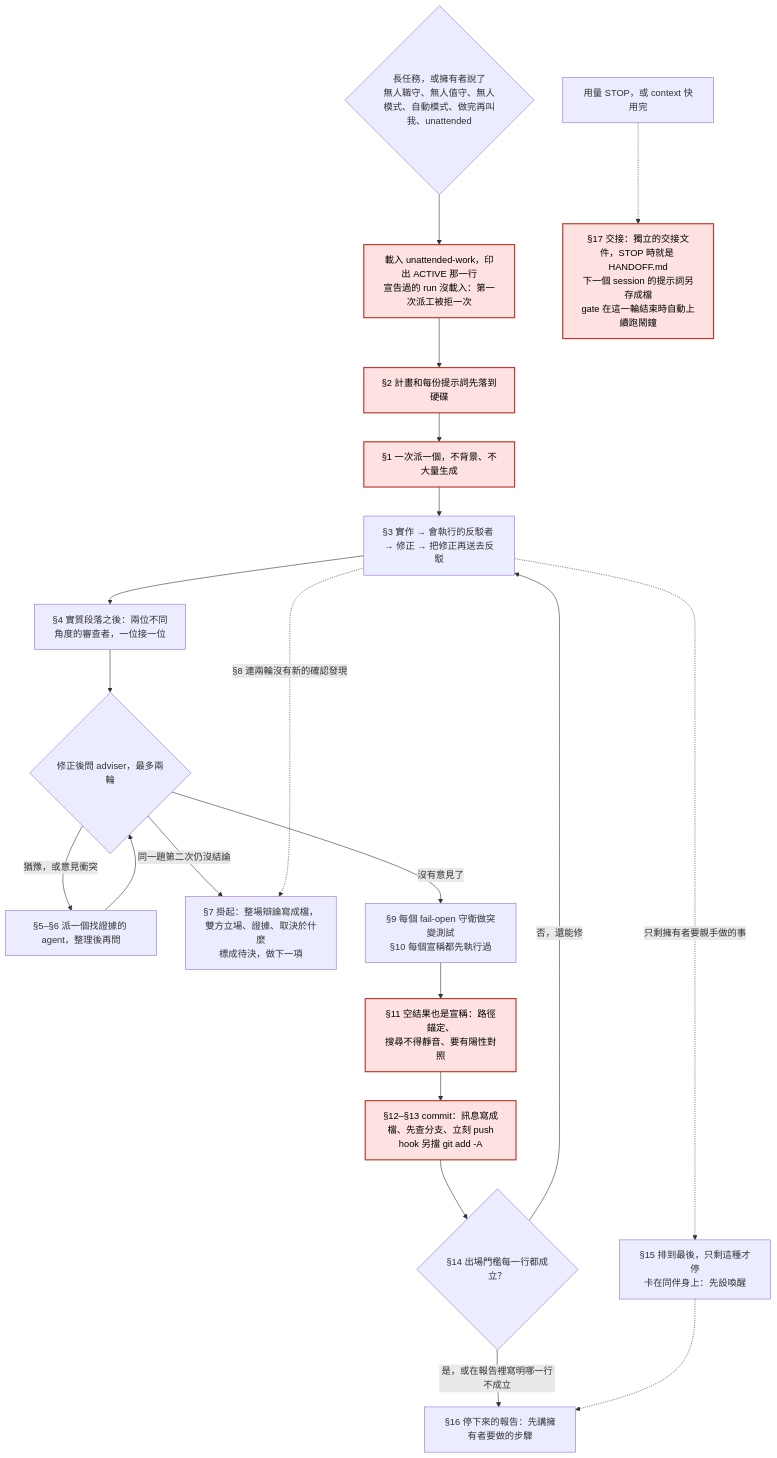
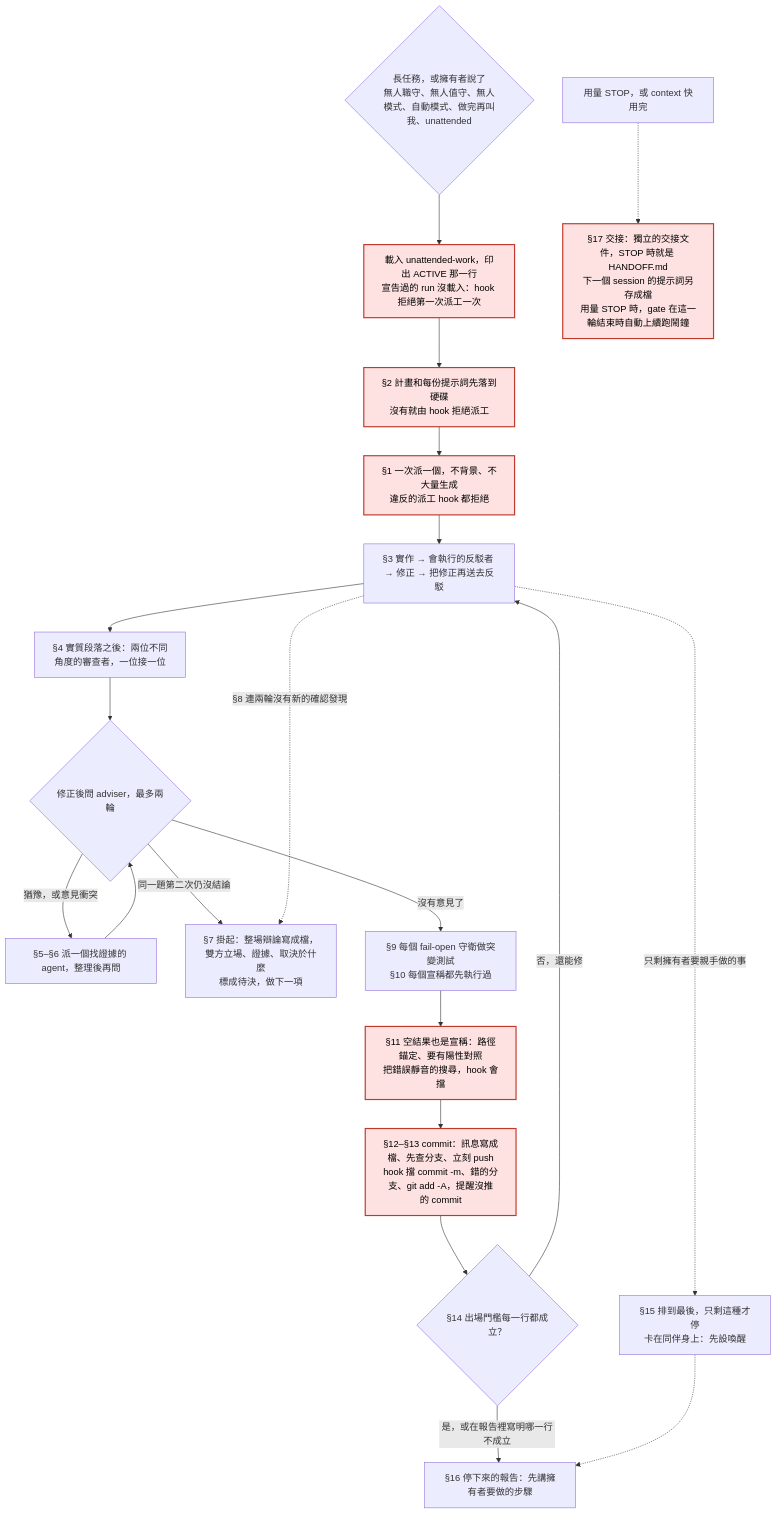
One commit to Dino9021/dispatch-guard changed the second of 6 diagrams in README.md. Above: the diagram before and after it, drawn with Mermaid. The commit also changed other lines of this file and 2 other files, not shown here.

````diff
--- a/README.md
+++ b/README.md
@@ -687,24 +687,24 @@
 ```mermaid
 flowchart TD
-  trigger{"長任務，或擁有者說了<br/>無人職守、無人值守、無人模式、自動模式、做完再叫我、unattended"} --> loadUnattended["載入 unattended-work，印出 ACTIVE 那一行<br/>宣告過的 run 沒載入：第一次派工被拒一次"]
-  loadUnattended --> planFirst["§2 計畫和每份提示詞先落到硬碟"]
-  planFirst --> sequential["§1 一次派一個，不背景、不大量生成"]
+  trigger{"長任務，或擁有者說了<br/>無人職守、無人值守、無人模式、自動模式、做完再叫我、unattended"} --> loadUnattended["載入 unattended-work，印出 ACTIVE 那一行<br/>宣告過的 run 沒載入：hook 拒絕第一次派工一次"]
+  loadUnattended --> planFirst["§2 計畫和每份提示詞先落到硬碟<br/>沒有就由 hook 拒絕派工"]
+  planFirst --> sequential["§1 一次派一個，不背景、不大量生成<br/>違反的派工 hook 都拒絕"]
   sequential --> wave["§3 實作 → 會執行的反駁者 → 修正 → 把修正再送去反駁"]
   wave --> reviewers["§4 實質段落之後：兩位不同角度的審查者，一位接一位"]
   reviewers --> adviser{"修正後問 adviser，最多兩輪"}
   adviser -->|"猶豫，或意見衝突"| debate["§5–§6 派一個找證據的 agent，整理後再問"]
   debate --> adviser
   adviser -->|"同一題第二次仍沒結論"| pend["§7 掛起：整場辯論寫成檔，雙方立場、證據、取決於什麼<br/>標成待決，做下一項"]
   wave -.->|"§8 連兩輪沒有新的確認發現"| pend
   adviser -->|"沒有意見了"| mutationCheck["§9 每個 fail-open 守衛做突變測試<br/>§10 每個宣稱都先執行過"]
-  mutationCheck --> emptyResult["§11 空結果也是宣稱：路徑錨定、<br/>搜尋不得靜音、要有陽性對照"]
-  emptyResult --> commitRules["§12–§13 commit：訊息寫成檔、先查分支、立刻 push<br/>hook 另擋 git add -A"]
+  mutationCheck --> emptyResult["§11 空結果也是宣稱：路徑錨定、要有陽性對照<br/>把錯誤靜音的搜尋，hook 會擋"]
+  emptyResult --> commitRules["§12–§13 commit：訊息寫成檔、先查分支、立刻 push<br/>hook 擋 commit -m、錯的分支、git add -A，提醒沒推的 commit"]
   commitRules --> exitBar{"§14 出場門檻每一行都成立？"}
   exitBar -->|"否，還能修"| wave
   exitBar -->|"是，或在報告裡寫明哪一行不成立"| stopReport["§16 停下來的報告：先講擁有者要做的步驟"]
   wave -.->|"只剩擁有者要親手做的事"| lastItems["§15 排到最後，只剩這種才停<br/>卡在同伴身上：先設喚醒"]
   lastItems -.-> stopReport
-  runningShort["用量 STOP，或 context 快用完"] -.-> handover["§17 交接：獨立的交接文件，STOP 時就是 HANDOFF.md<br/>下一個 session 的提示詞另存成檔<br/>gate 在這一輪結束時自動上續跑鬧鐘"]
-  class loadUnattended,planFirst,sequential,commitRules,handover,emptyResult gate
+  runningShort["用量 STOP，或 context 快用完"] -.-> handover["§17 交接：獨立的交接文件，STOP 時就是 HANDOFF.md<br/>下一個 session 的提示詞另存成檔<br/>用量 STOP 時，gate 在這一輪結束時自動上續跑鬧鐘"]
+  class loadUnattended,planFirst,sequential,emptyResult,commitRules,handover gate
   classDef gate fill:#fde2e1,stroke:#c0392b,stroke-width:2px,color:#000
 ```
````
